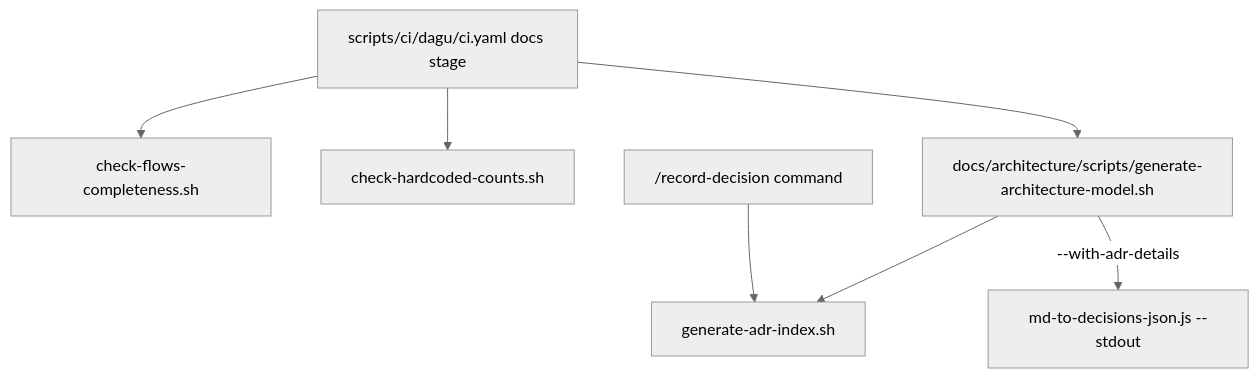
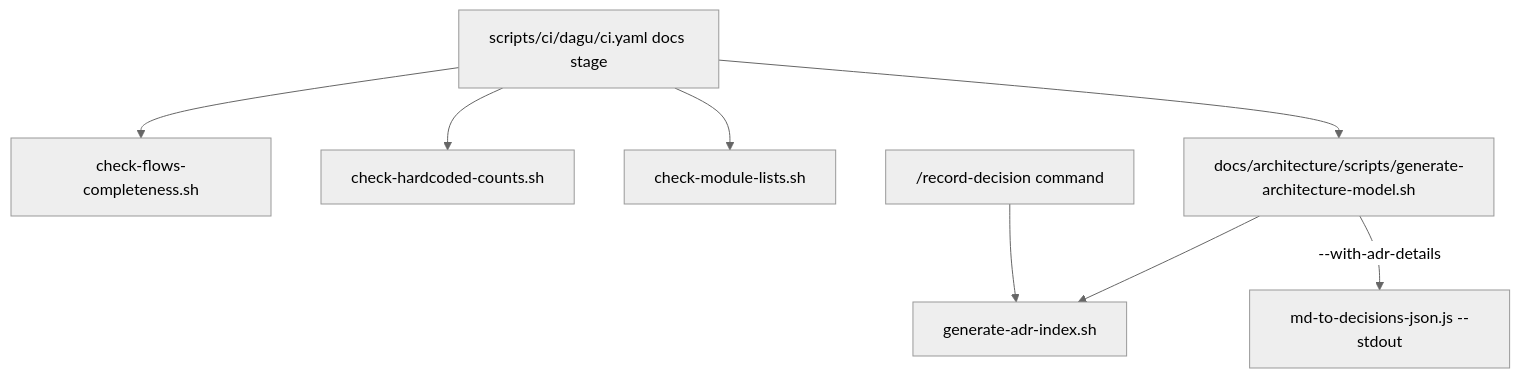
The diagram in .claude/nav/scripts/README.md (OstMutant/Advertisement), drawn with Mermaid (neutral theme) before and after one commit. The commit also changed other lines of this file and 26 other files, not shown here.

First line of the commit message:
feat(improvement-222): the architecture map no longer uses Mermaid, its diagrams and the text around them follow the code, the task is closed

````diff
--- a/.claude/nav/scripts/README.md
+++ b/.claude/nav/scripts/README.md
@@ -34,9 +35,10 @@
 ```mermaid
 flowchart TD
     CI[scripts/ci/dagu/ci.yaml docs stage] --> FL[check-flows-completeness.sh]
     CI --> H[check-hardcoded-counts.sh]
+    CI --> ML[check-module-lists.sh]
     CI --> GAM
     GAM["docs/architecture/scripts/generate-architecture-model.sh"] --> G[generate-adr-index.sh]
     RD["/record-decision command"] --> G
     GAM -->|--with-adr-details| M["md-to-decisions-json.js --stdout"]
 ```
````
